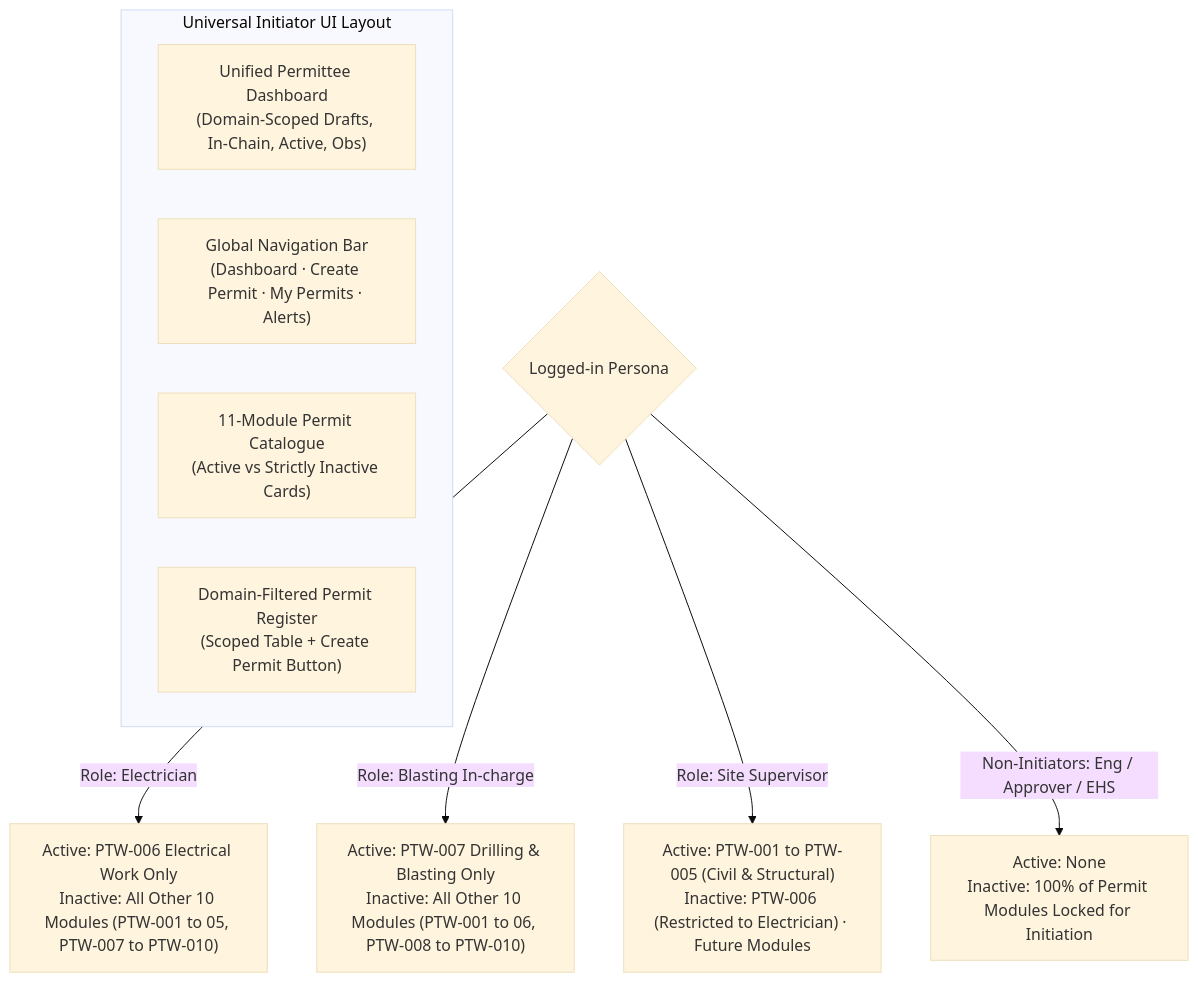
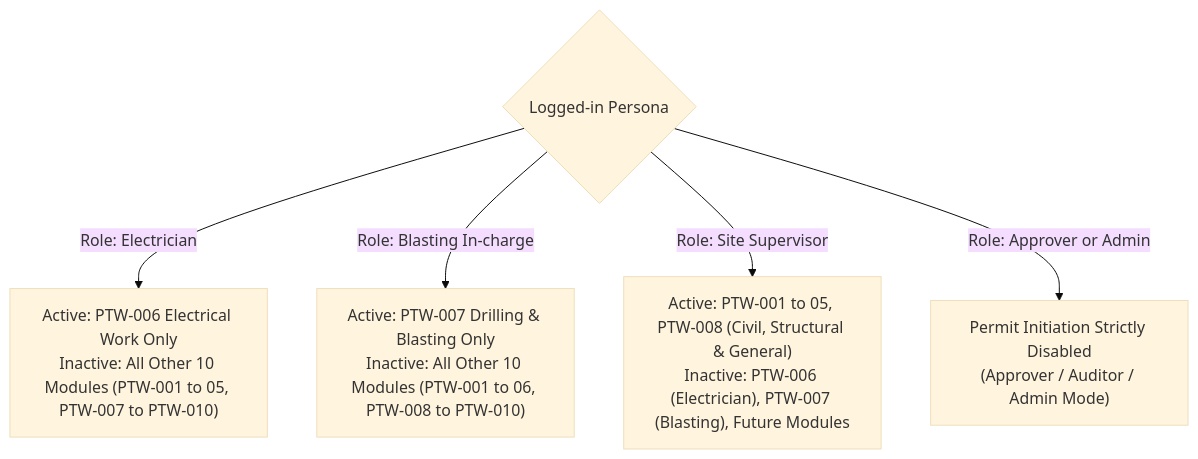
One commit to AuroGroupAutomationBot/ARPL-EHS-Demo changed diagram 13 of 34 in README.md. Above: the diagram before and after it, drawn with Mermaid (base theme). The commit also changed other lines of this file and 2 other files, not shown here.

````diff
--- a/README.md
+++ b/README.md
@@ -835,14 +852,7 @@
 ```mermaid
 graph TD
-    subgraph Universal Initiator UI Layout
-        DASH["Unified Permittee Dashboard<br/>(Domain-Scoped Drafts, In-Chain, Active, Obs)"]
-        NAV["Global Navigation Bar<br/>(Dashboard · Create Permit · My Permits · Alerts)"]
-        CAT["11-Module Permit Catalogue<br/>(Active vs Strictly Inactive Cards)"]
-        REG["Domain-Filtered Permit Register<br/>(Scoped Table + Create Permit Button)"]
-    end
-
     INIT{"Logged-in Persona"} -->|Role: Electrician| E_FLOW["Active: PTW-006 Electrical Work Only<br/>Inactive: All Other 10 Modules (PTW-001 to 05, PTW-007 to PTW-010)"]
     INIT -->|Role: Blasting In-charge| B_FLOW["Active: PTW-007 Drilling & Blasting Only<br/>Inactive: All Other 10 Modules (PTW-001 to 06, PTW-008 to PTW-010)"]
-    INIT -->|Role: Site Supervisor| S_FLOW["Active: PTW-001 to PTW-005 (Civil & Structural)<br/>Inactive: PTW-006 (Restricted to Electrician) · Future Modules"]
-    INIT -->|Non-Initiators: Eng / Approver / EHS| N_FLOW["Active: None<br/>Inactive: 100% of Permit Modules Locked for Initiation"]
+    INIT -->|Role: Site Supervisor| S_FLOW["Active: PTW-001 to 05, PTW-008 (Civil, Structural & General)<br/>Inactive: PTW-006 (Electrician), PTW-007 (Blasting), Future Modules"]
+    INIT -->|Role: Approver or Admin| NON_INIT["Permit Initiation Strictly Disabled<br/>(Approver / Auditor / Admin Mode)"]
 ```
````
